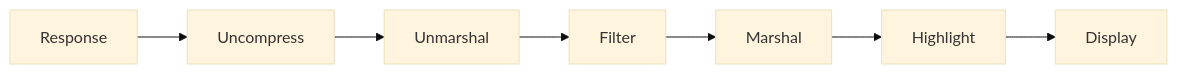
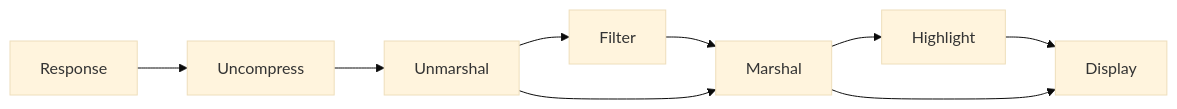
One commit to danielgtaylor/restish changed the first of 2 diagrams in docs/output.md. Above: the diagram before and after it, drawn with Mermaid (base theme). The commit also changed other lines of this file and 14 other files, not shown here.

````diff
--- a/docs/output.md
+++ b/docs/output.md
@@ -5,9 +5,11 @@
 ```mermaid
 graph LR
   Response --> Uncompress
   Uncompress --> Unmarshal
   Unmarshal --> Filter
   Filter --> Marshal
+  Unmarshal --> Marshal
   Marshal --> Highlight
   Highlight --> Display
+  Marshal --> Display
 ```
````
